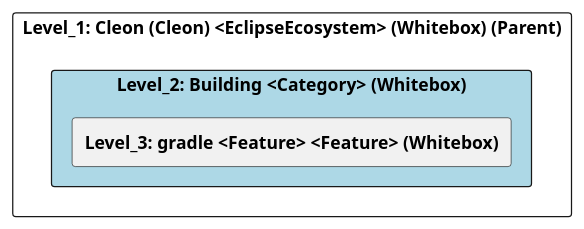
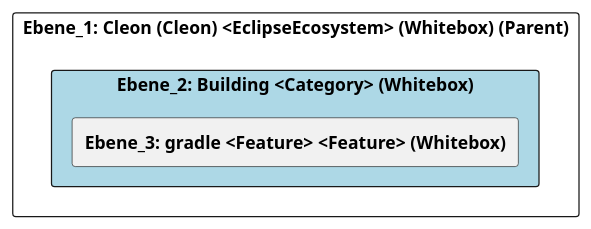
One commit to marcozwyssig/cleon changed the diagram in doc/cleonproject_deliverables_architecture_model_architecture/adoc/de/05_bausteinsicht/cleon/building/ebene_2_building.adoc. Above: the diagram before and after it, drawn with PlantUML. The commit also changed other lines of this file and 150 other files, not shown here.

```diff
--- a/doc/cleonproject_deliverables_architecture_model_architecture/adoc/de/05_bausteinsicht/cleon/building/ebene_2_building.adoc
+++ b/doc/cleonproject_deliverables_architecture_model_architecture/adoc/de/05_bausteinsicht/cleon/building/ebene_2_building.adoc
@@ -21,26 +21,24 @@
-[plantuml, Level_2: Building <Category> (Whitebox)BlockOverview, format="svg"]
+[plantuml, Ebene_2: Building <Category> (Whitebox)BlockOverview, format="svg"]
 ----
-@startuml Level_2: Building <Category> (Whitebox)BuildingBlockOverview
+@startuml Ebene_2: Building <Category> (Whitebox)BuildingBlockOverview
 
 skinparam ranksep 10
 skinparam componentStyle rectangle
 skinparam shadowing false
 skinparam arrowColor lightblue
 skinparam arrowThickness 1.2
 skinparam rectangle {
   BackgroundColor White
   BorderColor #333
   RoundCorner 10
 }
 top to bottom direction
 
-component "Level_1: Cleon (Cleon) <EclipseEcosystem> (Whitebox) (Parent)" {
-    component "Level_2: Building <Category> (Whitebox)" #lightblue {
-        [**Level_3: gradle <Feature> <Feature> (Whitebox)**] as 4905A64E_D579_11EE_903E_9F564E4DE07E
+component "Ebene_1: Cleon (Cleon) <EclipseEcosystem> (Whitebox) (Parent)" {
+    component "Ebene_2: Building <Category> (Whitebox)" #lightblue {
+        [**Ebene_3: gradle <Feature> <Feature> (Whitebox)**] as 4905A64E_D579_11EE_903E_9F564E4DE07E
     }
-
-    
 }
 
 @enduml
 ----
```
